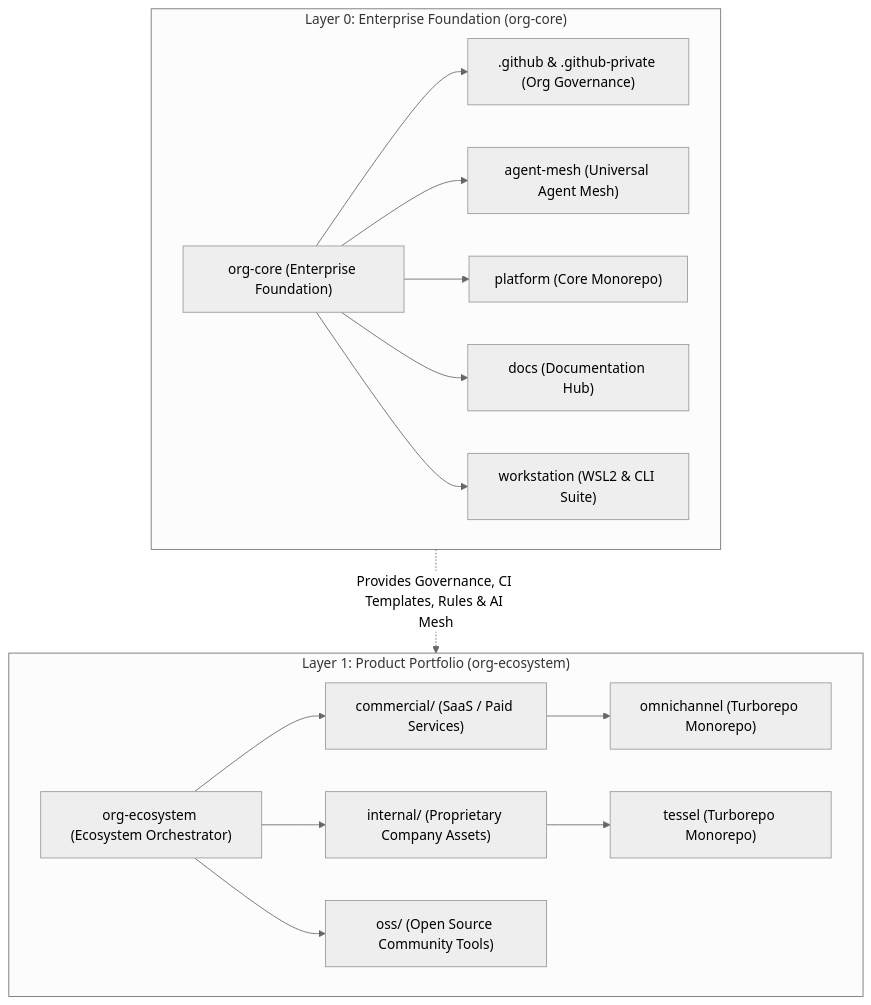
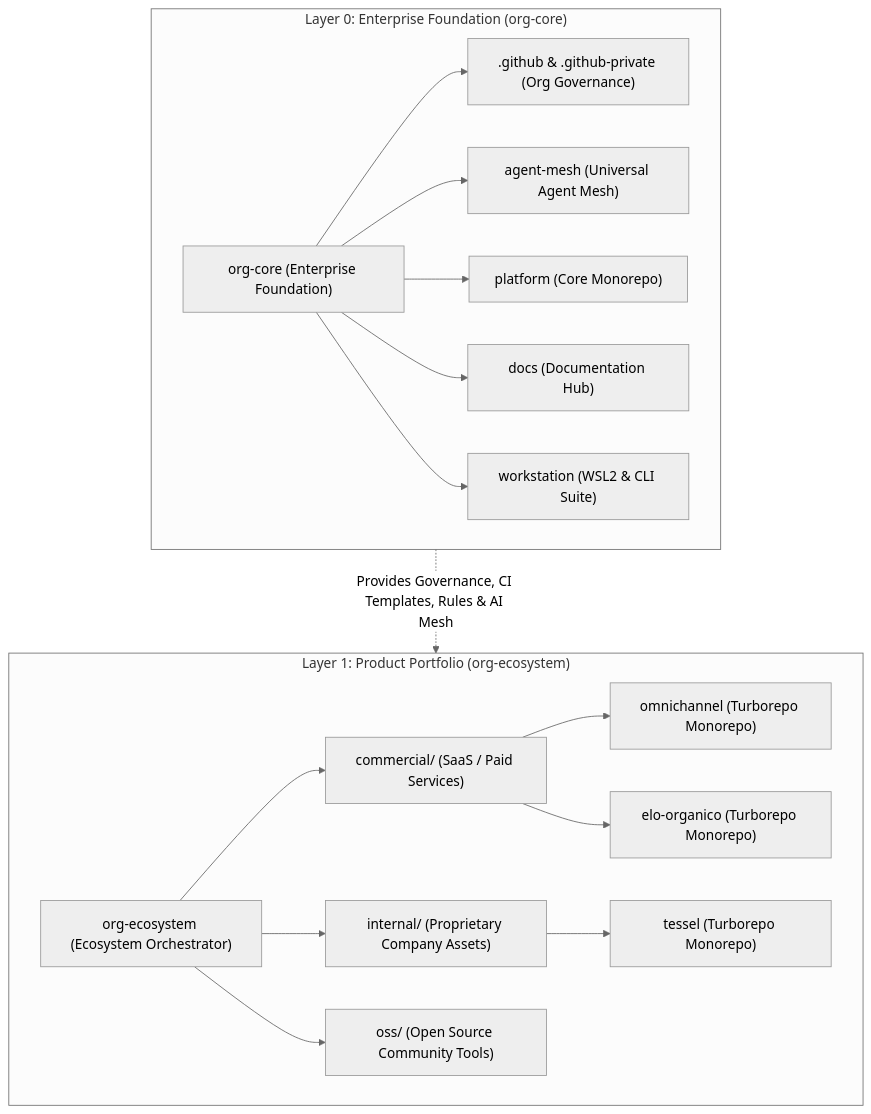
Before and after one commit to tupynambalucas-dev/ecosystem: the diagram in README.md, drawn with Mermaid (neutral theme). The commit also changed other lines of this file and 3 other files, not shown here.

Commit message:
chore(ecosystem): integrate elo-organico commercial monorepo (#11)

````diff
--- a/README.md
+++ b/README.md
@@ -11,35 +11,37 @@
 ```mermaid
 flowchart TD
     subgraph EnterpriseTier["Layer 0: Enterprise Foundation (org-core)"]
         OrgCore["org-core (Enterprise Foundation)"]
         DotGithub[".github & .github-private (Org Governance)"]
         AgentMesh["agent-mesh (Universal Agent Mesh)"]
         Platform["platform (Core Monorepo)"]
         Docs["docs (Documentation Hub)"]
         Workstation["workstation (WSL2 & CLI Suite)"]
         OrgCore --> DotGithub
         OrgCore --> AgentMesh
         OrgCore --> Platform
         OrgCore --> Docs
         OrgCore --> Workstation
     end
 
     subgraph PortfolioTier["Layer 1: Product Portfolio (org-ecosystem)"]
         OrgEco["org-ecosystem (Ecosystem Orchestrator)"]
         Commercial["commercial/ (SaaS / Paid Services)"]
         Internal["internal/ (Proprietary Company Assets)"]
         OSS["oss/ (Open Source Community Tools)"]
 
         Omnichannel["omnichannel (Turborepo Monorepo)"]
+        EloOrganico["elo-organico (Turborepo Monorepo)"]
         Tessel["tessel (Turborepo Monorepo)"]
 
         OrgEco --> Commercial
         OrgEco --> Internal
         OrgEco --> OSS
 
         Commercial --> Omnichannel
+        Commercial --> EloOrganico
         Internal --> Tessel
     end
 
     EnterpriseTier -.->|"Provides Governance, CI Templates, Rules & AI Mesh"| PortfolioTier
 ```
````
